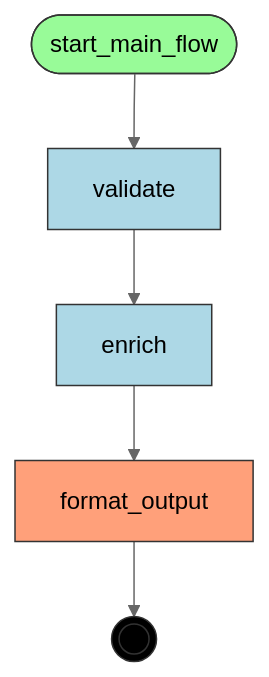
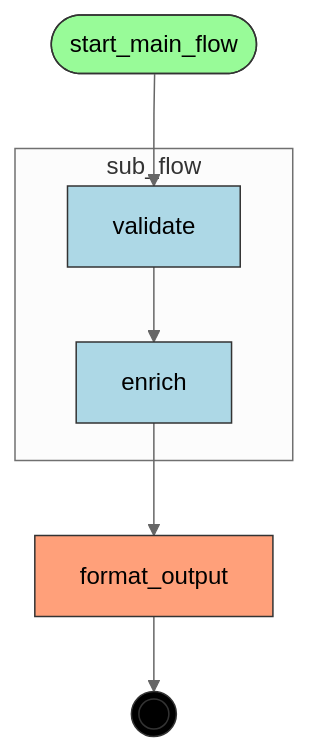
One commit to deliveryhero/asya changed the diagram in examples/flows/compiled/bare_script_with_composition/flow.mmd. Above: the diagram before and after it, drawn with Mermaid (neutral theme). The commit also changed 63 other files, not shown here.

```diff
--- a/examples/flows/compiled/bare_script_with_composition/flow.mmd
+++ b/examples/flows/compiled/bare_script_with_composition/flow.mmd
@@ -1,23 +1,27 @@
 flowchart TD
     %% Flow: main_flow
 
     enrich[enrich]
     format_output[format_output]
     start_main_flow([start_main_flow])
     validate[validate]
     __end__((( )))
 
     start_main_flow --> validate
     validate --> enrich
     enrich --> format_output
     format_output --> __end__
+    subgraph sub_flow[sub_flow]
+        validate
+        enrich
+    end
 
     classDef start fill:#98FB98,stroke:#333
     classDef endnode fill:#FFA07A,stroke:#333
     classDef router fill:#F5DEB3,stroke:#333
     classDef handler fill:#ADD8E6,stroke:#333
     classDef endpoint fill:#000,stroke:#333,color:#fff
     class start_main_flow start
     class format_output endnode
     class enrich,validate handler
     class __end__ endpoint
```
